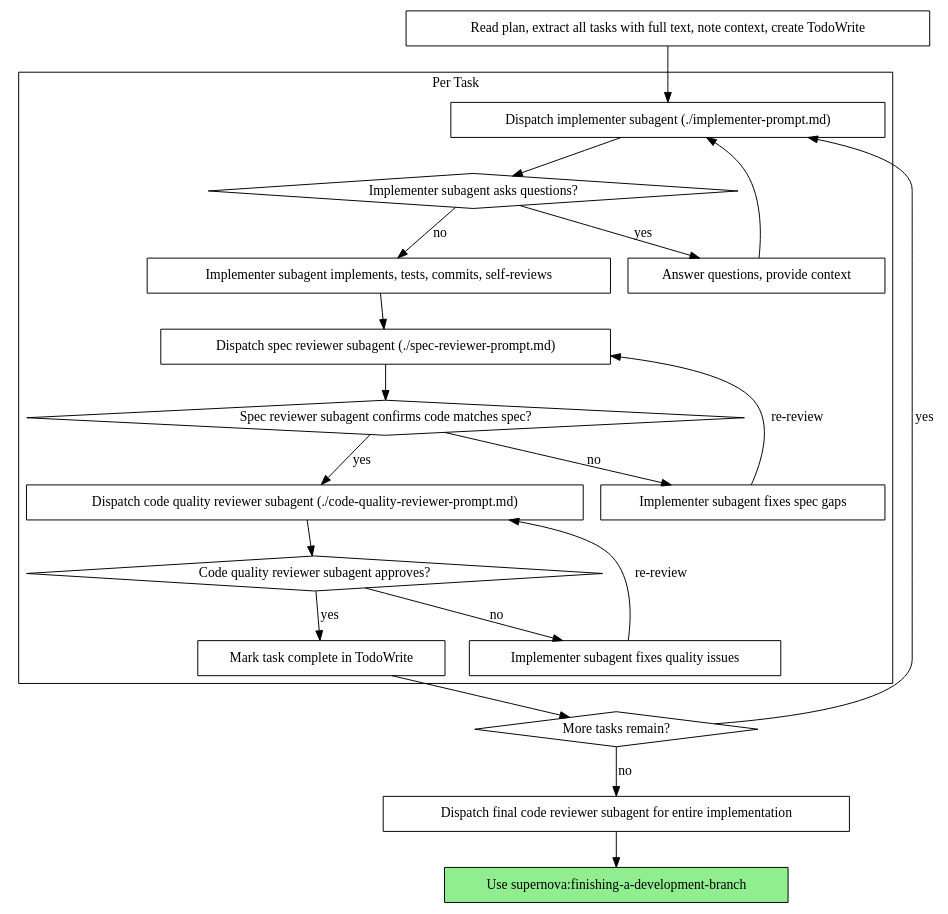
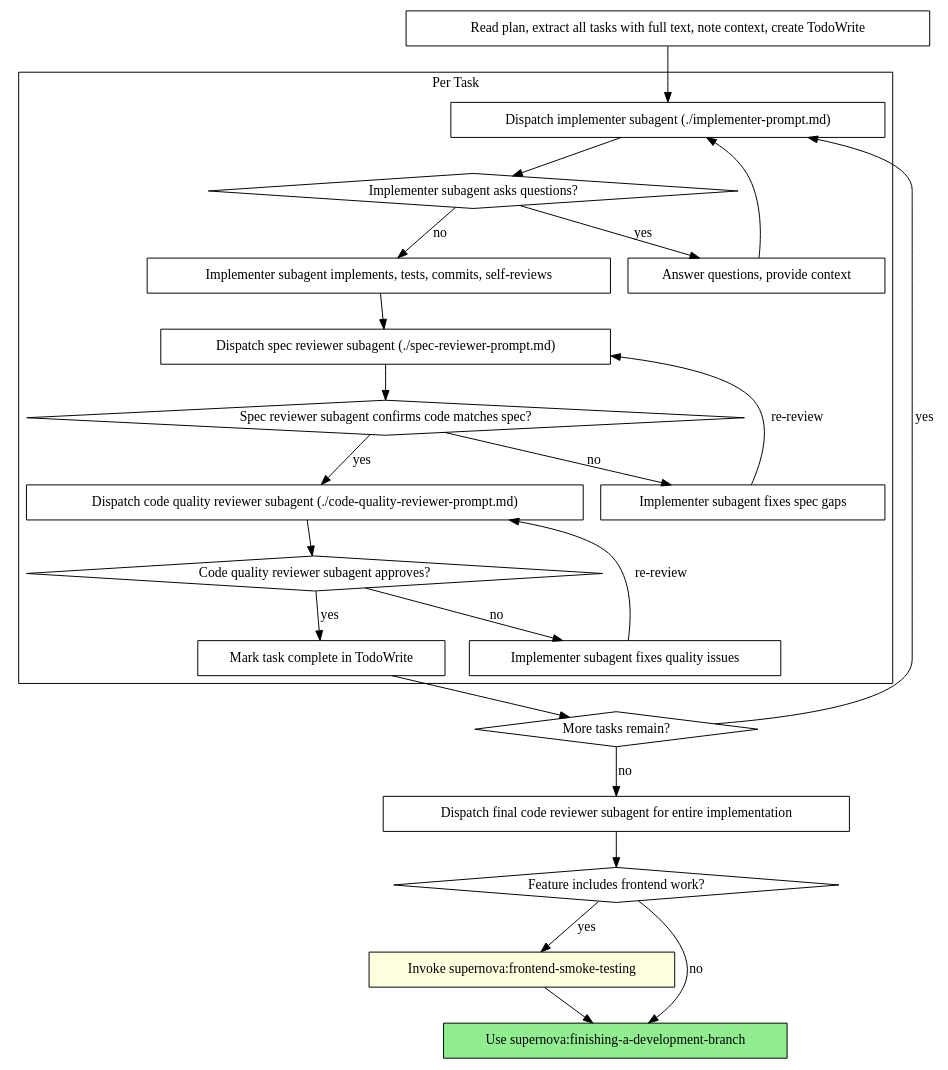
Before and after one commit to erict-dev/supernova: the second of 2 diagrams in skills/subagent-driven-development/SKILL.md, drawn with Graphviz. The commit also changed other lines of this file, not shown here.

Commit message:
feat: invoke frontend smoke testing after implementation in subagent-driven-development

````diff
--- a/skills/subagent-driven-development/SKILL.md
+++ b/skills/subagent-driven-development/SKILL.md
@@ -32,44 +32,49 @@
 ```dot
 digraph process {
     rankdir=TB;
 
     subgraph cluster_per_task {
         label="Per Task";
         "Dispatch implementer subagent (./implementer-prompt.md)" [shape=box];
         "Implementer subagent asks questions?" [shape=diamond];
         "Answer questions, provide context" [shape=box];
         "Implementer subagent implements, tests, commits, self-reviews" [shape=box];
         "Dispatch spec reviewer subagent (./spec-reviewer-prompt.md)" [shape=box];
         "Spec reviewer subagent confirms code matches spec?" [shape=diamond];
         "Implementer subagent fixes spec gaps" [shape=box];
         "Dispatch code quality reviewer subagent (./code-quality-reviewer-prompt.md)" [shape=box];
         "Code quality reviewer subagent approves?" [shape=diamond];
         "Implementer subagent fixes quality issues" [shape=box];
         "Mark task complete in TodoWrite" [shape=box];
     }
 
     "Read plan, extract all tasks with full text, note context, create TodoWrite" [shape=box];
     "More tasks remain?" [shape=diamond];
     "Dispatch final code reviewer subagent for entire implementation" [shape=box];
+    "Feature includes frontend work?" [shape=diamond];
+    "Invoke supernova:frontend-smoke-testing" [shape=box style=filled fillcolor=lightyellow];
     "Use supernova:finishing-a-development-branch" [shape=box style=filled fillcolor=lightgreen];
 
     "Read plan, extract all tasks with full text, note context, create TodoWrite" -> "Dispatch implementer subagent (./implementer-prompt.md)";
     "Dispatch implementer subagent (./implementer-prompt.md)" -> "Implementer subagent asks questions?";
     "Implementer subagent asks questions?" -> "Answer questions, provide context" [label="yes"];
     "Answer questions, provide context" -> "Dispatch implementer subagent (./implementer-prompt.md)";
     "Implementer subagent asks questions?" -> "Implementer subagent implements, tests, commits, self-reviews" [label="no"];
     "Implementer subagent implements, tests, commits, self-reviews" -> "Dispatch spec reviewer subagent (./spec-reviewer-prompt.md)";
     "Dispatch spec reviewer subagent (./spec-reviewer-prompt.md)" -> "Spec reviewer subagent confirms code matches spec?";
     "Spec reviewer subagent confirms code matches spec?" -> "Implementer subagent fixes spec gaps" [label="no"];
     "Implementer subagent fixes spec gaps" -> "Dispatch spec reviewer subagent (./spec-reviewer-prompt.md)" [label="re-review"];
     "Spec reviewer subagent confirms code matches spec?" -> "Dispatch code quality reviewer subagent (./code-quality-reviewer-prompt.md)" [label="yes"];
     "Dispatch code quality reviewer subagent (./code-quality-reviewer-prompt.md)" -> "Code quality reviewer subagent approves?";
     "Code quality reviewer subagent approves?" -> "Implementer subagent fixes quality issues" [label="no"];
     "Implementer subagent fixes quality issues" -> "Dispatch code quality reviewer subagent (./code-quality-reviewer-prompt.md)" [label="re-review"];
     "Code quality reviewer subagent approves?" -> "Mark task complete in TodoWrite" [label="yes"];
     "Mark task complete in TodoWrite" -> "More tasks remain?";
     "More tasks remain?" -> "Dispatch implementer subagent (./implementer-prompt.md)" [label="yes"];
     "More tasks remain?" -> "Dispatch final code reviewer subagent for entire implementation" [label="no"];
-    "Dispatch final code reviewer subagent for entire implementation" -> "Use supernova:finishing-a-development-branch";
+    "Dispatch final code reviewer subagent for entire implementation" -> "Feature includes frontend work?";
+    "Feature includes frontend work?" -> "Invoke supernova:frontend-smoke-testing" [label="yes"];
+    "Feature includes frontend work?" -> "Use supernova:finishing-a-development-branch" [label="no"];
+    "Invoke supernova:frontend-smoke-testing" -> "Use supernova:finishing-a-development-branch";
 }
 ```
````
